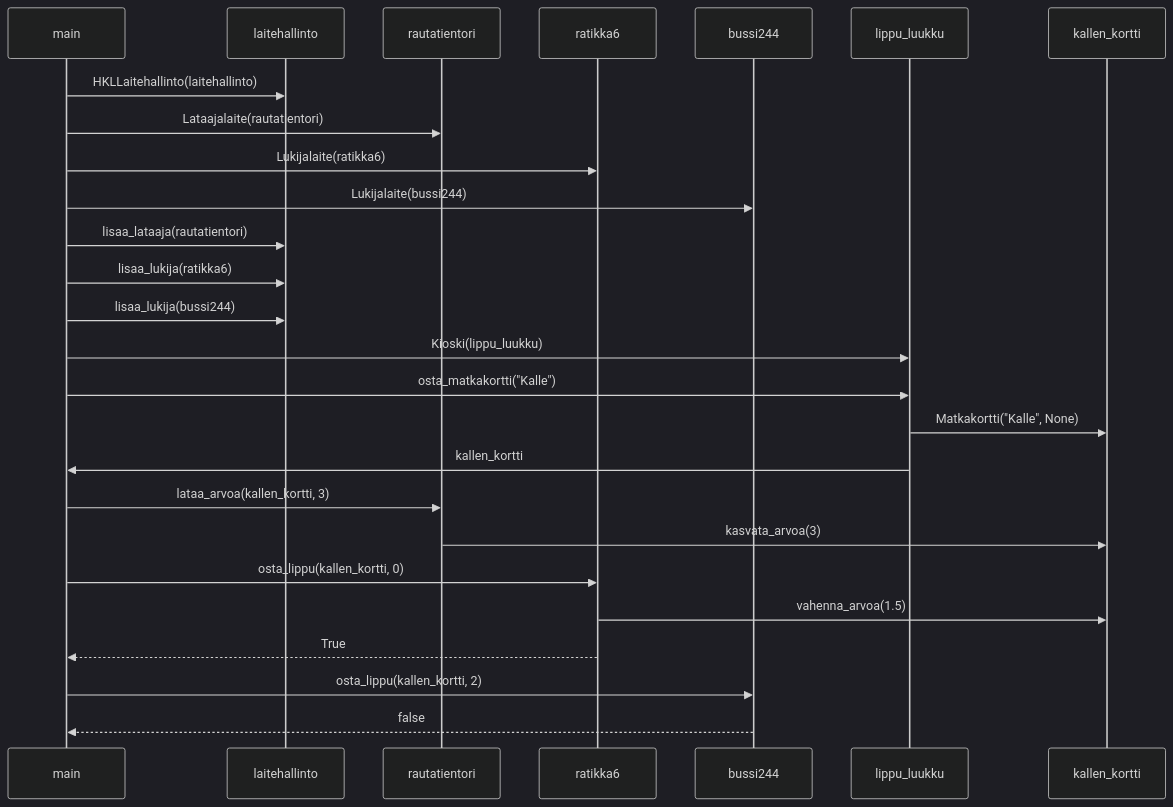
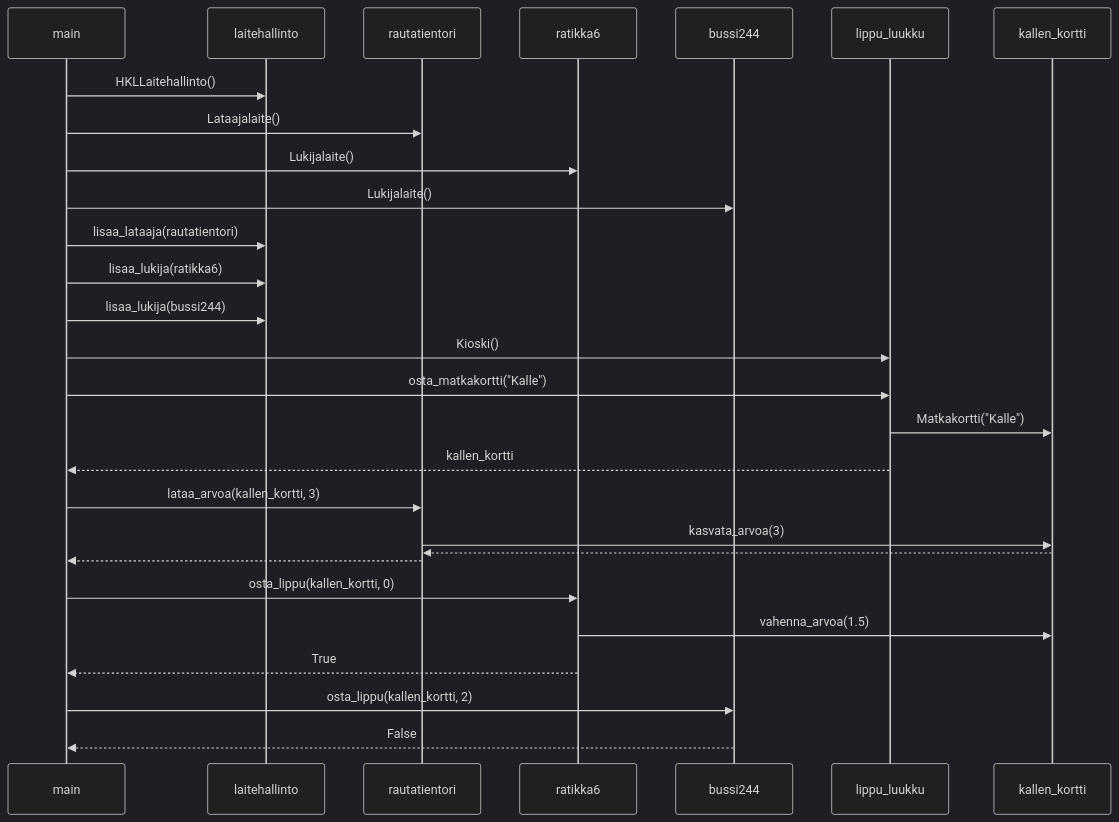
Before and after one commit to ellapaella/ot-harjoitustyo-beta: the diagram in laskarit/viikko3/matkakortti-sekvenssikaavio.md, drawn with Mermaid (dark theme). The commit also changed other lines of this file and 2 other files, not shown here.

````diff
--- a/laskarit/viikko3/matkakortti-sekvenssikaavio.md
+++ b/laskarit/viikko3/matkakortti-sekvenssikaavio.md
@@ -1,29 +1,31 @@
 ```mermaid
 sequenceDiagram
-  participant main
-  participant laitehallinto
-  participant rautatientori
-  participant ratikka6
-  participant bussi244
-  participant lippu_luukku
-  participant kallen_kortti
+	participant main
+	participant laitehallinto
+	participant rautatientori
+	participant ratikka6
+	participant bussi244
+	participant lippu_luukku
+	participant kallen_kortti
   
-  main->>laitehallinto :HKLLaitehallinto(laitehallinto)
-  main->>rautatientori :Lataajalaite(rautatientori)
-  main->>ratikka6: Lukijalaite(ratikka6)
-  main->>bussi244: Lukijalaite(bussi244)
-  main->>laitehallinto: lisaa_lataaja(rautatientori)
-  main->>laitehallinto: lisaa_lukija(ratikka6)
-  main->>laitehallinto: lisaa_lukija(bussi244)
-  main->>lippu_luukku: Kioski(lippu_luukku)
-  main->>lippu_luukku: osta_matkakortti("Kalle")
-  lippu_luukku->>kallen_kortti: Matkakortti("Kalle", None)
-  lippu_luukku->>main: kallen_kortti
-  main->>rautatientori: lataa_arvoa(kallen_kortti, 3)
-  rautatientori->>kallen_kortti: kasvata_arvoa(3) 
-  main->>ratikka6: osta_lippu(kallen_kortti, 0)
-  ratikka6->>kallen_kortti: vahenna_arvoa(1.5)
-  ratikka6-->>main: True
-  main->>bussi244: osta_lippu(kallen_kortti, 2)
-  bussi244-->>main: false
+main->>laitehallinto :HKLLaitehallinto()
+main->>rautatientori :Lataajalaite()
+main->>ratikka6: Lukijalaite()
+main->>bussi244: Lukijalaite()
+main->>laitehallinto: lisaa_lataaja(rautatientori)
+main->>laitehallinto: lisaa_lukija(ratikka6)
+main->>laitehallinto: lisaa_lukija(bussi244)
+main->>lippu_luukku: Kioski()
+main->>lippu_luukku: osta_matkakortti("Kalle")
+lippu_luukku->>kallen_kortti: Matkakortti("Kalle")
+lippu_luukku-->>main: kallen_kortti
+main->>rautatientori: lataa_arvoa(kallen_kortti, 3)
+rautatientori->>kallen_kortti: kasvata_arvoa(3)
+kallen_kortti-->>rautatientori: 
+rautatientori-->>main:
+main->>ratikka6: osta_lippu(kallen_kortti, 0)
+ratikka6->>kallen_kortti: vahenna_arvoa(1.5)
+ratikka6-->>main: True
+main->>bussi244: osta_lippu(kallen_kortti, 2)
+bussi244-->>main: False
 ```
````
